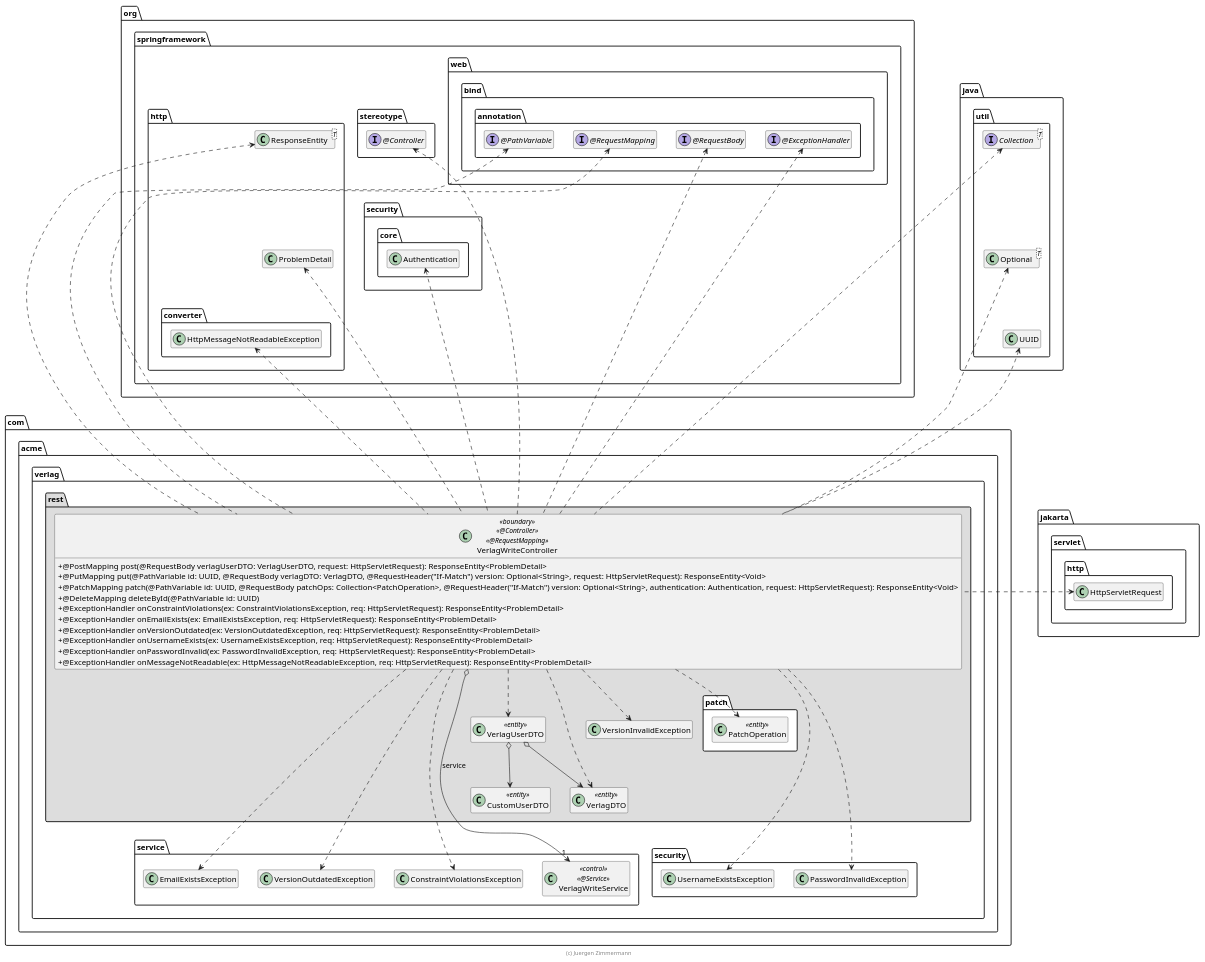
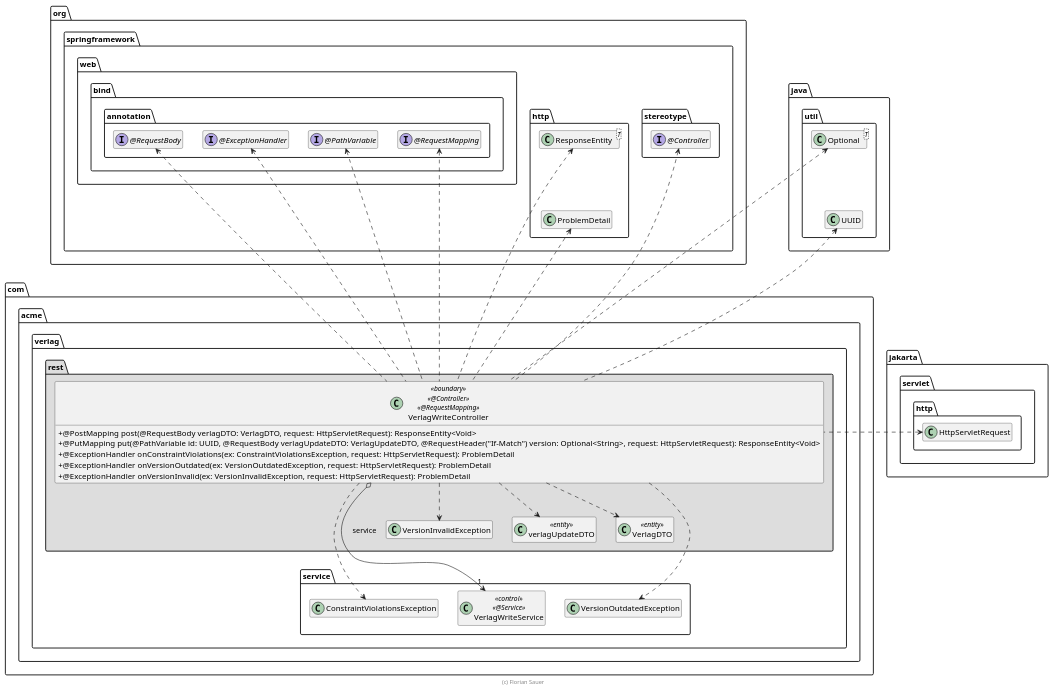
Before and after one commit to flomanuel/Software_Architecture_Course_Verlag: the diagram in extras/doc/VerlagWriteController.plantuml, drawn with PlantUML. The commit also changed other lines of this file and 8 other files, not shown here.

First line of the commit message:
PlantUML: add file for entities, Services, finish ER-Diagramm- and Controller-Files

```diff
--- a/extras/doc/VerlagWriteController.plantuml
+++ b/extras/doc/VerlagWriteController.plantuml
@@ -15,130 +19,93 @@
 @startuml VerlagHandler
 
 skinparam classAttributeIconSize 0
 
 package jakarta.servlet.http {
     class HttpServletRequest
 }
 
 package org.springframework {
     package stereotype {
         interface "@Controller" as Controller
     }
 
     package web.bind.annotation {
         interface "@RequestMapping" as RequestMapping
         interface "@PathVariable" as PathVariable
         interface "@RequestBody" as RequestBody
         interface "@ExceptionHandler" as ExceptionHandler
 
         RequestBody .left[hidden].> Controller
         ExceptionHandler .left[hidden].> Controller
     }
 
     package http {
         class ResponseEntity<T>
         class ProblemDetail
 
-        package converter {
-            class HttpMessageNotReadableException
-        }
-
         ResponseEntity .[hidden].> ProblemDetail
         ResponseEntity .left[hidden].> Controller
-        ProblemDetail .[hidden].> HttpMessageNotReadableException
-    }
-
-    package security.core {
-        class Authentication
-
-        ProblemDetail .right[hidden].> Authentication
     }
 }
 
 package java.util {
-    interface Collection<T>
     class UUID
     class Optional<T>
 
-    Collection .[hidden].> Optional
     Optional .[hidden].> UUID
     HttpServletRequest .up[hidden].> UUID
 }
 
 package com.acme.verlag {
     package service {
         class VerlagWriteService << control >> << @Service >>
 
         class ConstraintViolationsException
-        class EmailExistsException
         class VersionOutdatedException
     }
 
-    package security {
-        class UsernameExistsException
-        class PasswordInvalidException
-    }
-
     package rest #DDDDDD {
-        package patch #FFFFFF {
-            class PatchOperation <<entity>>
-        }
 
         class VerlagDTO <<entity>>
-        class CustomUserDTO <<entity>>
-        class VerlagUserDTO <<entity>>
-        VerlagUserDTO o--> VerlagDTO
-        VerlagUserDTO o--> CustomUserDTO
+        class verlagUpdateDTO <<entity>>
+
         VerlagDTO .[hidden].> UUID
         VerlagDTO .[hidden].> VerlagWriteService
 
         class VersionInvalidException
 
         class VerlagWriteController << boundary >> << @Controller >> << @RequestMapping >> {
-            + @PostMapping post(@RequestBody verlagUserDTO: VerlagUserDTO, request: HttpServletRequest): ResponseEntity<ProblemDetail>
-            + @PutMapping put(@PathVariable id: UUID, @RequestBody verlagDTO: VerlagDTO, @RequestHeader("If-Match") version: Optional<String>, request: HttpServletRequest): ResponseEntity<Void>
-            + @PatchMapping patch(@PathVariable id: UUID, @RequestBody patchOps: Collection<PatchOperation>, @RequestHeader("If-Match") version: Optional<String>, authentication: Authentication, request: HttpServletRequest): ResponseEntity<Void>
-            + @DeleteMapping deleteById(@PathVariable id: UUID)
-            + @ExceptionHandler onConstraintViolations(ex: ConstraintViolationsException, req: HttpServletRequest): ResponseEntity<ProblemDetail>
-            + @ExceptionHandler onEmailExists(ex: EmailExistsException, req: HttpServletRequest): ResponseEntity<ProblemDetail>
-            + @ExceptionHandler onVersionOutdated(ex: VersionOutdatedException, req: HttpServletRequest): ResponseEntity<ProblemDetail>
-            + @ExceptionHandler onUsernameExists(ex: UsernameExistsException, req: HttpServletRequest): ResponseEntity<ProblemDetail>
-            + @ExceptionHandler onPasswordInvalid(ex: PasswordInvalidException, req: HttpServletRequest): ResponseEntity<ProblemDetail>
-            + @ExceptionHandler onMessageNotReadable(ex: HttpMessageNotReadableException, req: HttpServletRequest): ResponseEntity<ProblemDetail>
+            + @PostMapping post(@RequestBody verlagDTO: VerlagDTO, request: HttpServletRequest): ResponseEntity<Void>
+            + @PutMapping put(@PathVariable id: UUID, @RequestBody verlagUpdateDTO: VerlagUpdateDTO, @RequestHeader("If-Match") version: Optional<String>, request: HttpServletRequest): ResponseEntity<Void>
+            + @ExceptionHandler onConstraintViolations(ex: ConstraintViolationsException, request: HttpServletRequest): ProblemDetail
+            + @ExceptionHandler onVersionOutdated(ex: VersionOutdatedException, request: HttpServletRequest): ProblemDetail
+            + @ExceptionHandler onVersionInvalid(ex: VersionInvalidException, request: HttpServletRequest): ProblemDetail
         }
 
         VerlagWriteController o-right-> "1" VerlagWriteService : service
-        VerlagWriteController ..> VerlagUserDTO
+        VerlagWriteController ..> verlagUpdateDTO
         VerlagWriteController ..> VerlagDTO
         VerlagWriteController .up.> UUID
         VerlagWriteController .up.> Optional
-        VerlagWriteController .up.> Collection
         VerlagWriteController ..> ConstraintViolationsException
-        VerlagWriteController ..> EmailExistsException
+        VerlagWriteController ..> VersionInvalidException
         VerlagWriteController ..> VersionOutdatedException
-        VerlagWriteController ..> UsernameExistsException
-        VerlagWriteController ..> PasswordInvalidException
-        VerlagWriteController .up.> HttpMessageNotReadableException
-        VerlagWriteController ..> VersionInvalidException
-        VerlagWriteController ..> PatchOperation
 
         VerlagWriteController .up.> HttpServletRequest
         VerlagWriteController .up.> ResponseEntity
-        VerlagWriteController .up.> Authentication
         VerlagWriteController .up.> ProblemDetail
 
         VerlagWriteController .up.> Controller
         VerlagWriteController .up.> RequestMapping
         VerlagWriteController .up.> PathVariable
         VerlagWriteController .up.> RequestBody
         VerlagWriteController .up.> ExceptionHandler
 
-        VerlagDTO .[hidden].> UsernameExistsException
     }
 }
 
 hide empty members
 
-footer (c) Juergen Zimmermann
+footer (c) Florian Sauer
 
 @enduml
```
